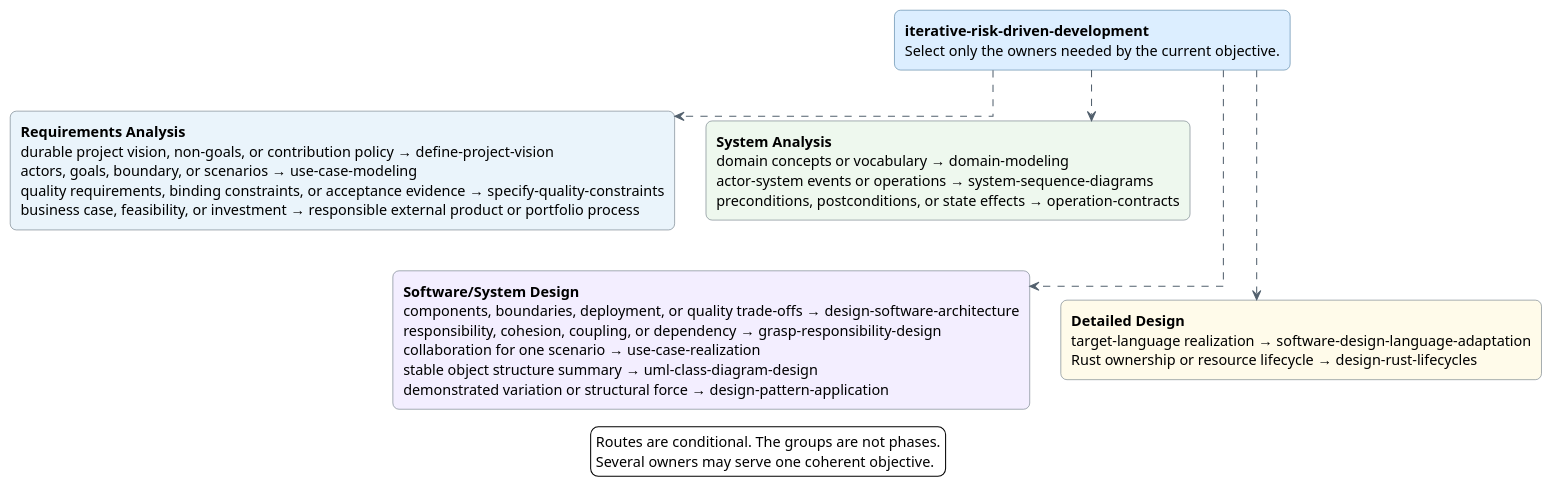
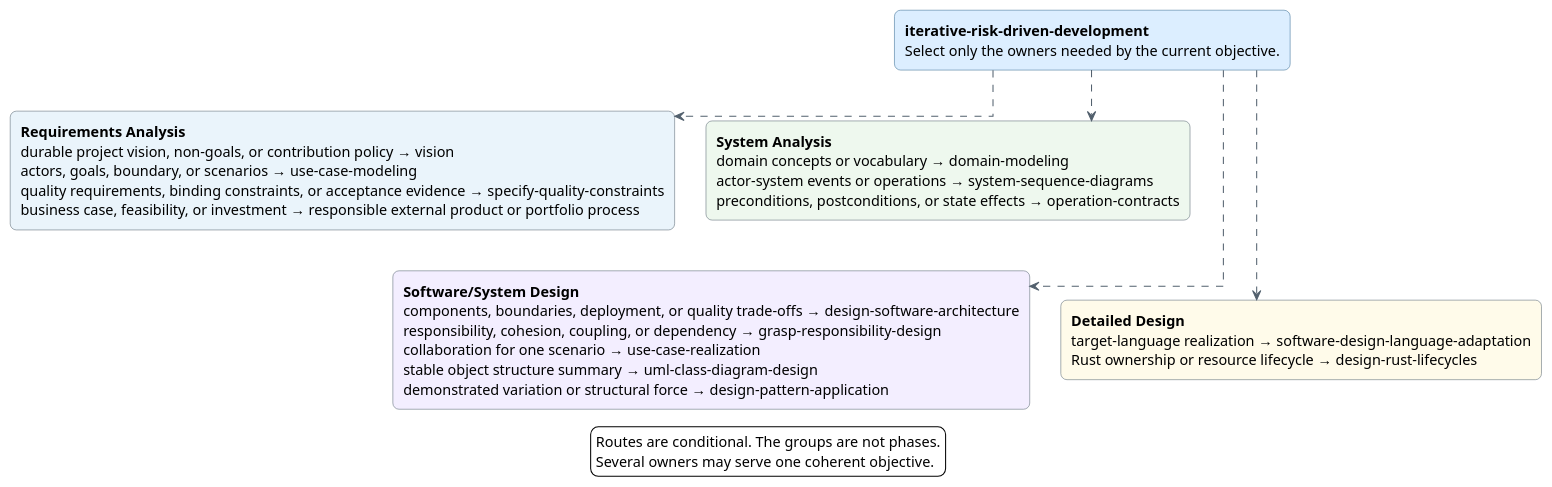
The second of 4 diagrams in catalog/skill-relationships.md (sirius-cc-wu/sirius-skills), drawn with PlantUML before and after one commit. The commit also changed other lines of this file and 24 other files, not shown here.

First line of the commit message:
refactor(skills): rename define-project-vision to vision and record retirement

````diff
--- a/catalog/skill-relationships.md
+++ b/catalog/skill-relationships.md
@@ -392,74 +392,74 @@
 ```plantuml
 @startuml iterative-design-skill-relationships
 top to bottom direction
 
 skinparam backgroundColor #FFFFFF
 skinparam shadowing false
 skinparam packageStyle rectangle
 skinparam linetype ortho
 skinparam defaultFontName Arial
 skinparam defaultTextAlignment left
 skinparam ArrowColor #52606D
 skinparam nodesep 30
 skinparam ranksep 40
 hide stereotype
 skinparam rectangle {
   BackgroundColor #FFFFFF
   BorderColor #52606D
   RoundCorner 12
 }
 skinparam rectangle<<coordinator>> {
   BackgroundColor #DCEEFF
   BorderColor #2F6690
 }
 
 rectangle iterative <<coordinator>> [
 **iterative-risk-driven-development**
 Select only the owners needed by the current objective.
 ]
 
 rectangle requirements #EAF4FB [
 **Requirements Analysis**
-durable project vision, non-goals, or contribution policy → define-project-vision
+durable project vision, non-goals, or contribution policy → vision
 actors, goals, boundary, or scenarios → use-case-modeling
 quality requirements, binding constraints, or acceptance evidence → specify-quality-constraints
 business case, feasibility, or investment → responsible external product or portfolio process
 ]
 
 rectangle systemAnalysis #EEF8EE [
 **System Analysis**
 domain concepts or vocabulary → domain-modeling
 actor-system events or operations → system-sequence-diagrams
 preconditions, postconditions, or state effects → operation-contracts
 ]
 
 rectangle softwareDesign #F3EEFF [
 **Software/System Design**
 components, boundaries, deployment, or quality trade-offs → design-software-architecture
 responsibility, cohesion, coupling, or dependency → grasp-responsibility-design
 collaboration for one scenario → use-case-realization
 stable object structure summary → uml-class-diagram-design
 demonstrated variation or structural force → design-pattern-application
 ]
 
 rectangle detailedDesign #FFFBEA [
 **Detailed Design**
 target-language realization → software-design-language-adaptation
 Rust ownership or resource lifecycle → design-rust-lifecycles
 ]
 
 iterative ..> requirements
 iterative ..> systemAnalysis
 iterative ..> softwareDesign
 iterative ..> detailedDesign
 
 requirements -[hidden]right-> systemAnalysis
 requirements -[hidden]down-> softwareDesign
 softwareDesign -[hidden]right-> detailedDesign
 
 legend bottom
   Routes are conditional. The groups are not phases.
   Several owners may serve one coherent objective.
 endlegend
 @enduml
 ```
````
